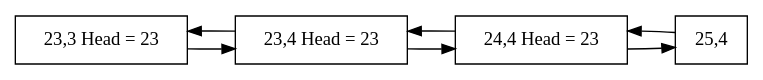
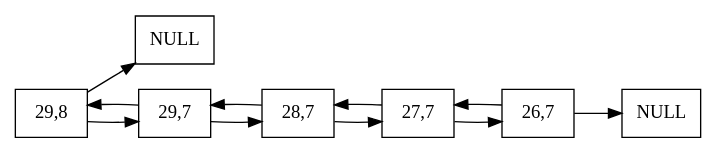
One commit to olgt/EDD_1S2019_P1_201612341 changed the diagram in SnakeReport.dot. Above: the diagram before and after it, drawn with Graphviz. The commit also changed 15 other files, not shown here.

```diff
--- a/SnakeReport.dot
+++ b/SnakeReport.dot
@@ -1,14 +1,21 @@
 digraph firstGraph{
 node [shape = record];
 rankdir=LR;
-node0 [label=" 23,3 Head = 23 "];
-node0 -> node1;
+node0 [label=" NULL "];
 node1 -> node0;
-node1 [label=" 23,4 Head = 23 "];
+node1 [label=" 29,8 "];
 node1 -> node2;
 node2 -> node1;
-node2 [label=" 24,4 Head = 23 "];
+node2 [label=" 29,7 "];
 node2 -> node3;
 node3 -> node2;
-node3 [label=" 25,4 "];
+node3 [label=" 28,7 "];
+node3 -> node4;
+node4 -> node3;
+node4 [label=" 27,7 "];
+node4 -> node5;
+node5 -> node4;
+node5 [label=" 26,7 "];
+node5 -> node6;
+node6 [label=" NULL "];
 }
```
